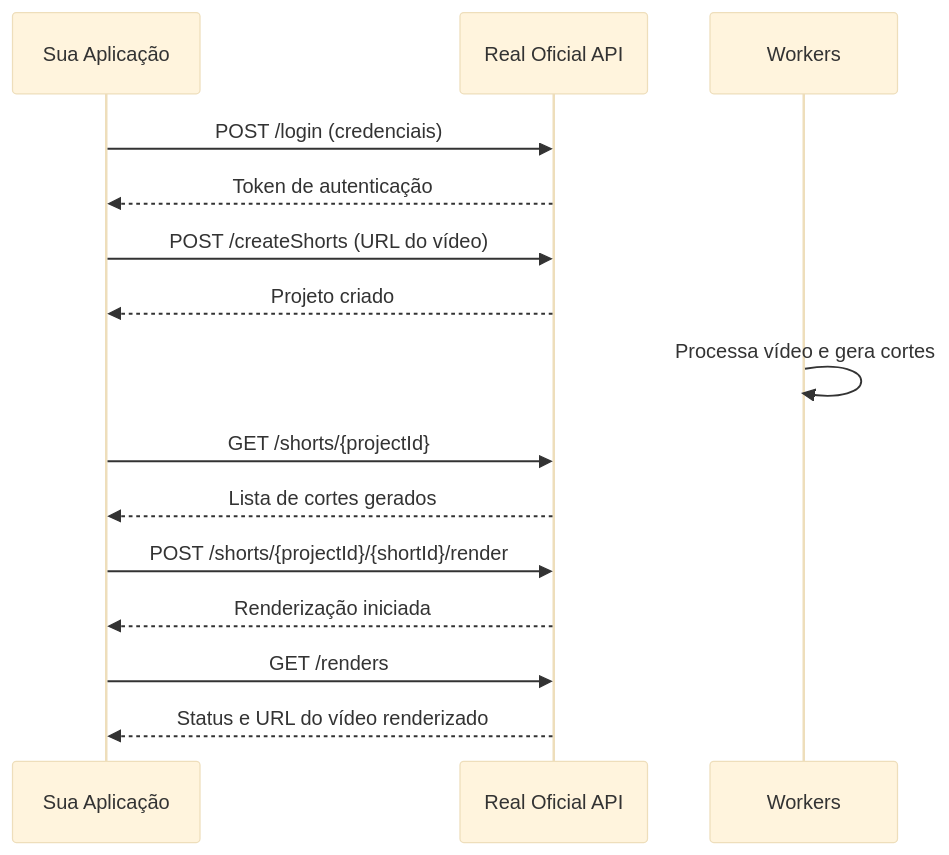
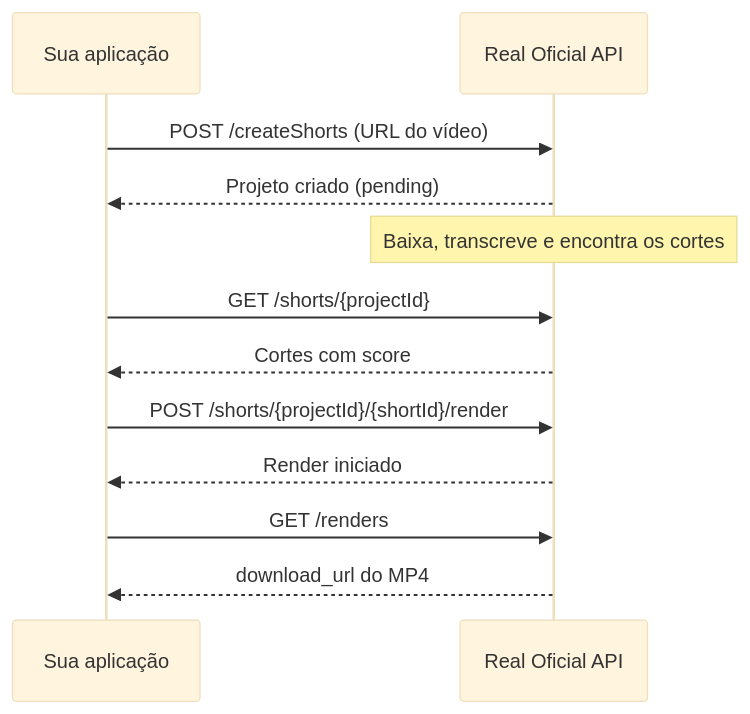
The diagram in introduction.mdx (acgfbr/realoficial-docs), drawn with Mermaid (base theme) before and after one commit. The commit also changed other lines of this file and 25 other files, not shown here.

````diff
--- a/introduction.mdx
+++ b/introduction.mdx
@@ -71,23 +31,19 @@
 ```mermaid
 sequenceDiagram
-    participant App as Sua Aplicação
+    participant App as Sua aplicação
     participant API as Real Oficial API
-    participant Worker as Workers
-
-    App->>API: POST /login (credenciais)
-    API-->>App: Token de autenticação
 
     App->>API: POST /createShorts (URL do vídeo)
-    API-->>App: Projeto criado
+    API-->>App: Projeto criado (pending)
 
-    Worker->>Worker: Processa vídeo e gera cortes
+    Note over API: Baixa, transcreve e encontra os cortes
 
     App->>API: GET /shorts/{projectId}
-    API-->>App: Lista de cortes gerados
+    API-->>App: Cortes com score
 
     App->>API: POST /shorts/{projectId}/{shortId}/render
-    API-->>App: Renderização iniciada
+    API-->>App: Render iniciado
 
     App->>API: GET /renders
-    API-->>App: Status e URL do vídeo renderizado
+    API-->>App: download_url do MP4
 ```
````
